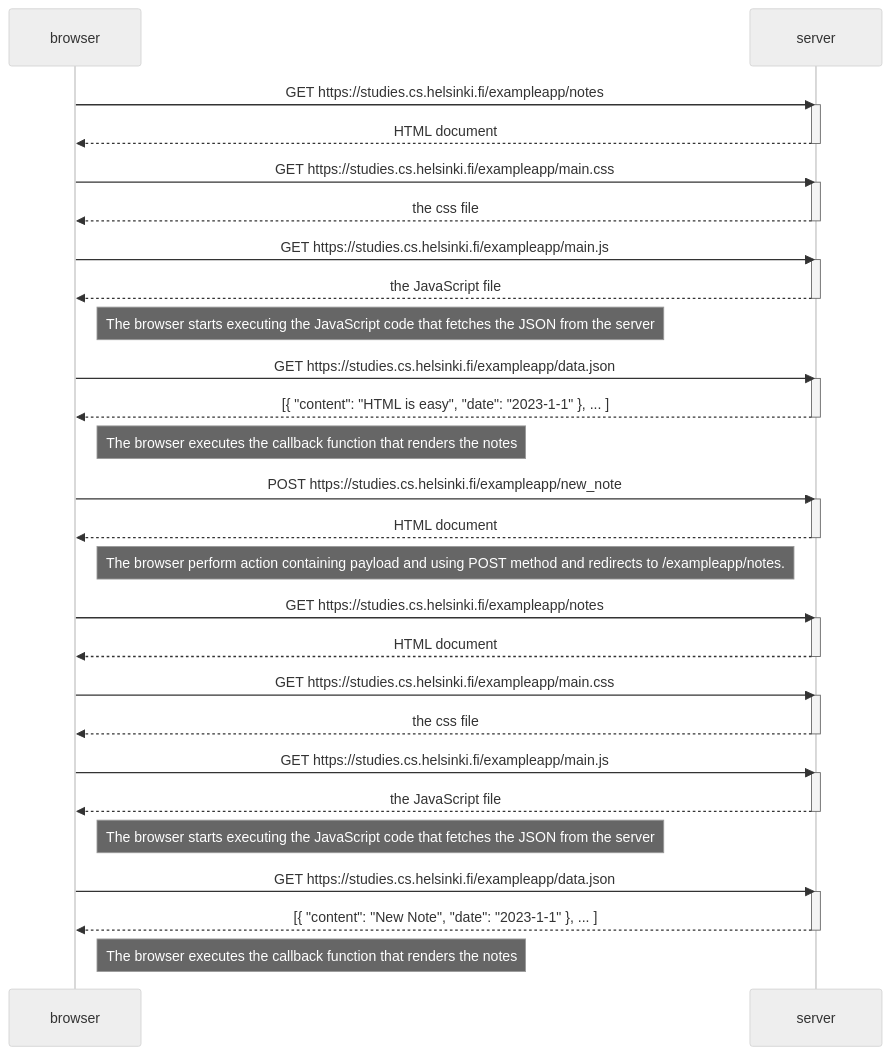
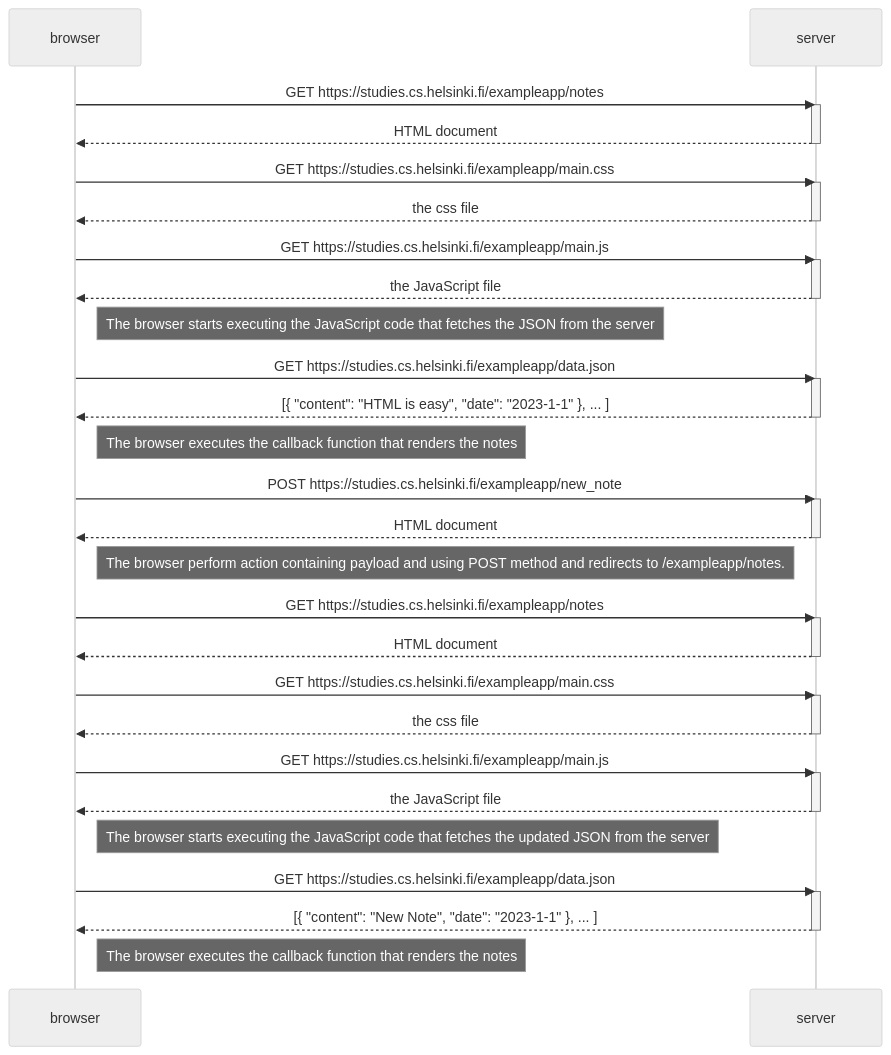
Before and after one commit to saurabhsinghiam/full-stack-open-exercises: the diagram in part0/exercise_0.4.md, drawn with Mermaid (neutral theme).

````diff
--- a/part0/exercise_0.4.md
+++ b/part0/exercise_0.4.md
@@ -1,60 +1,60 @@
 ```mermaid
 sequenceDiagram
     participant browser
     participant server
 
     browser->>server: GET https://studies.cs.helsinki.fi/exampleapp/notes
     activate server
     server-->>browser: HTML document
     deactivate server
 
     browser->>server: GET https://studies.cs.helsinki.fi/exampleapp/main.css
     activate server
     server-->>browser: the css file
     deactivate server
 
     browser->>server: GET https://studies.cs.helsinki.fi/exampleapp/main.js
     activate server
     server-->>browser: the JavaScript file
     deactivate server
 
     Note right of browser: The browser starts executing the JavaScript code that fetches the JSON from the server
 
     browser->>server: GET https://studies.cs.helsinki.fi/exampleapp/data.json
     activate server
     server-->>browser: [{ "content": "HTML is easy", "date": "2023-1-1" }, ... ]
     deactivate server
 
     Note right of browser: The browser executes the callback function that renders the notes
 
     browser->>server: POST https://studies.cs.helsinki.fi/exampleapp/new_note
     activate server
     server-->>browser: HTML document
     deactivate server
 
     Note right of browser: The browser perform action containing payload and using POST method and redirects to /exampleapp/notes.
 
      browser->>server: GET https://studies.cs.helsinki.fi/exampleapp/notes
     activate server
     server-->>browser: HTML document
     deactivate server
 
     browser->>server: GET https://studies.cs.helsinki.fi/exampleapp/main.css
     activate server
     server-->>browser: the css file
     deactivate server
 
     browser->>server: GET https://studies.cs.helsinki.fi/exampleapp/main.js
     activate server
     server-->>browser: the JavaScript file
     deactivate server
 
-    Note right of browser: The browser starts executing the JavaScript code that fetches the JSON from the server
+    Note right of browser: The browser starts executing the JavaScript code that fetches the updated JSON from the server
 
     browser->>server: GET https://studies.cs.helsinki.fi/exampleapp/data.json
     activate server
     server-->>browser: [{ "content": "New Note", "date": "2023-1-1" }, ... ]
     deactivate server
 
     Note right of browser: The browser executes the callback function that renders the notes
 ```
````
